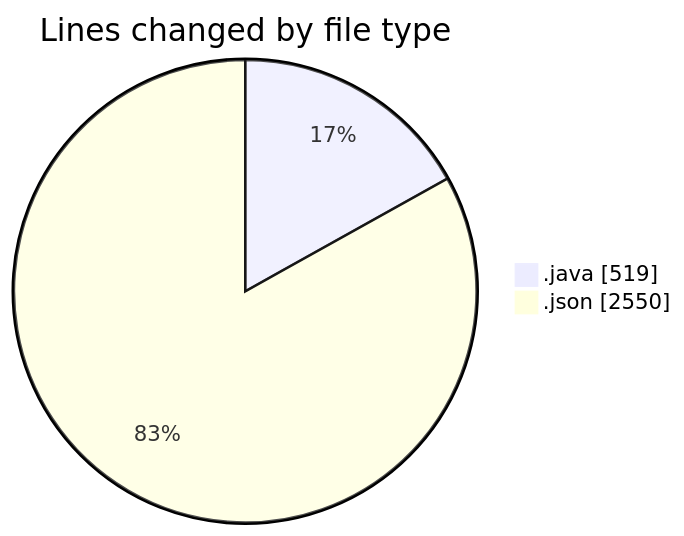
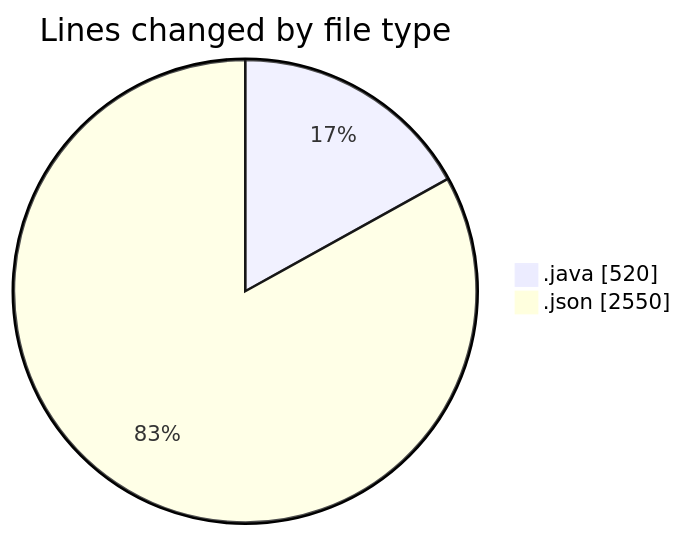
Before and after one commit to ricardozamudiocil/code-tracking: the first of 2 diagrams in 2026-07-16/cilapp/README.md, drawn with Mermaid. The commit also changed other lines of this file and 1 other file, not shown here.

````diff
--- a/2026-07-16/cilapp/README.md
+++ b/2026-07-16/cilapp/README.md
@@ -22,6 +22,6 @@
 ```mermaid
 pie showData
 title Lines changed by file type
-".java" : 519
+".java" : 520
 ".json" : 2550
 ```
````
